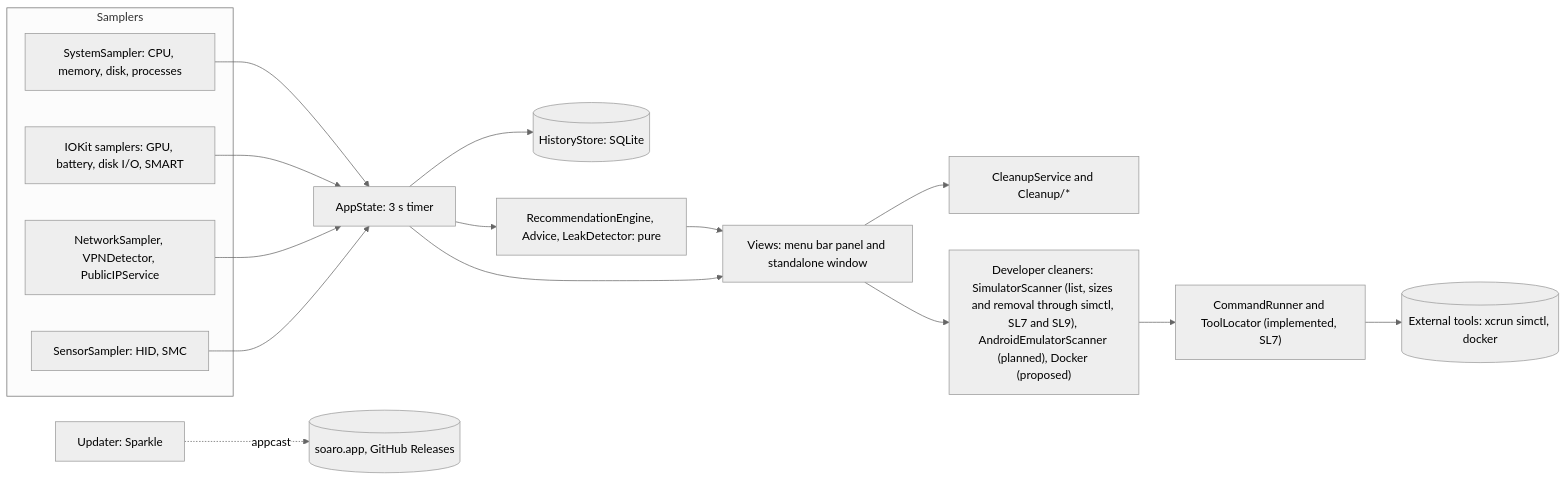
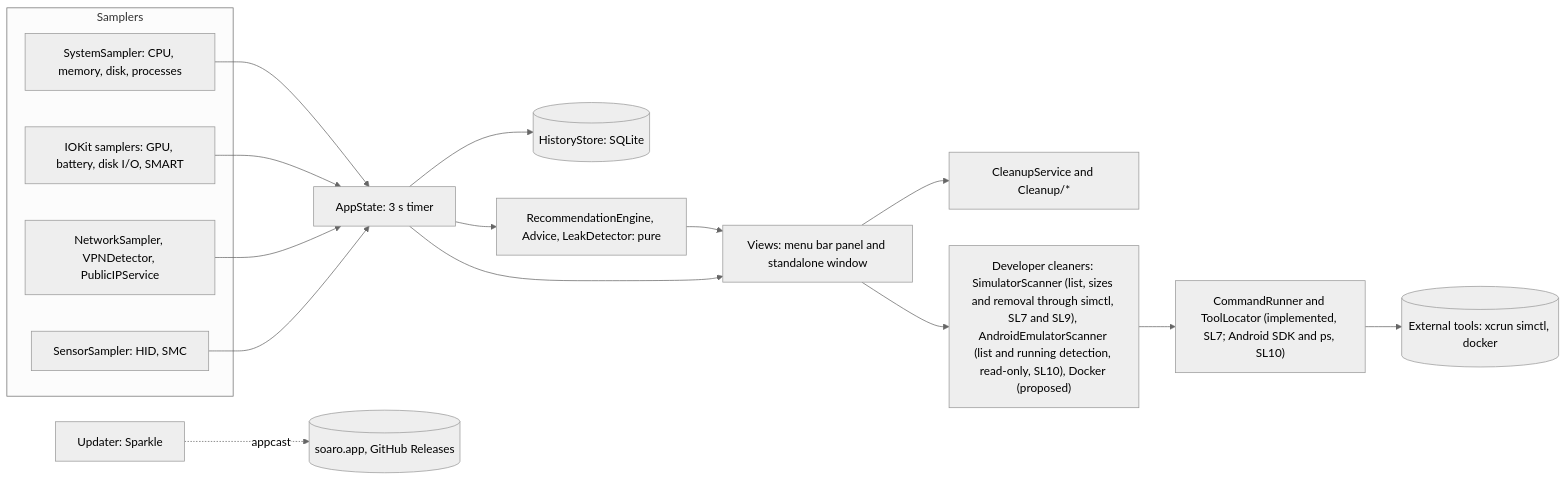
The diagram in ARCHITECTURE.md (sebmafate/soaro), drawn with Mermaid (neutral theme) before and after one commit. The commit also changed other lines of this file and 7 other files, not shown here.

Commit message:
SL10 T12 : mettre à jour le plan, l'architecture, la conception, les tests, l'état et le journal (R16, R18)

````diff
--- a/ARCHITECTURE.md
+++ b/ARCHITECTURE.md
@@ -33,31 +33,31 @@
 ```mermaid
 flowchart LR
   subgraph Samplers
     SS[SystemSampler: CPU, memory, disk, processes]
     IO[IOKit samplers: GPU, battery, disk I/O, SMART]
     NS[NetworkSampler, VPNDetector, PublicIPService]
     SE[SensorSampler: HID, SMC]
   end
   AS[AppState: 3 s timer]
   HS[(HistoryStore: SQLite)]
   RE[RecommendationEngine, Advice, LeakDetector: pure]
   UI[Views: menu bar panel and standalone window]
   CL[CleanupService and Cleanup/*]
-  DC["Developer cleaners: SimulatorScanner (list, sizes and removal through simctl, SL7 and SL9), AndroidEmulatorScanner (planned), Docker (proposed)"]
-  CR["CommandRunner and ToolLocator (implemented, SL7)"]
+  DC["Developer cleaners: SimulatorScanner (list, sizes and removal through simctl, SL7 and SL9), AndroidEmulatorScanner (list and running detection, read-only, SL10), Docker (proposed)"]
+  CR["CommandRunner and ToolLocator (implemented, SL7; Android SDK and ps, SL10)"]
   EXT[("External tools: xcrun simctl, docker")]
   UP[Updater: Sparkle]
   SS --> AS
   IO --> AS
   NS --> AS
   SE --> AS
   AS --> HS
   AS --> RE
   RE --> UI
   AS --> UI
   UI --> CL
   UI --> DC
   DC --> CR
   CR --> EXT
   UP -. appcast .-> W[(soaro.app, GitHub Releases)]
 ```
````
